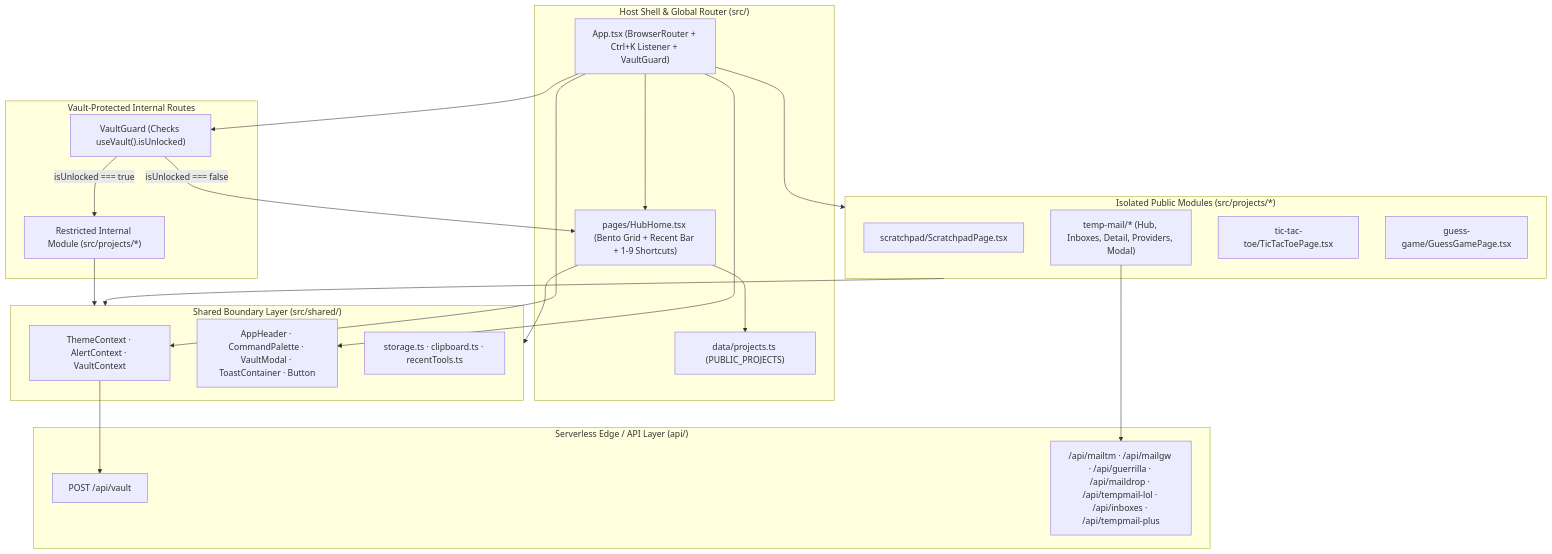
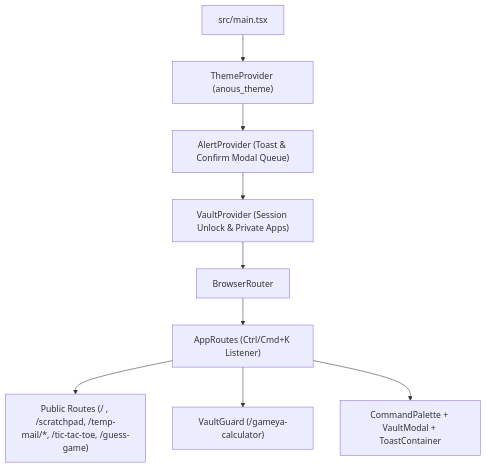
One commit to ANAS-2004-Cu/ANOUS-SPACE changed the first of 2 diagrams in docs/ARCHITECTURE.md. Above: the diagram before and after it, drawn with Mermaid. The commit also changed other lines of this file and 38 other files, not shown here.

````diff
--- a/docs/ARCHITECTURE.md
+++ b/docs/ARCHITECTURE.md
@@ -13,45 +59,11 @@
 ```mermaid
 flowchart TD
-  subgraph Shell["Host Shell & Global Router (src/)"]
-    App["App.tsx (BrowserRouter + Ctrl+K Listener + VaultGuard)"]
-    Hub["pages/HubHome.tsx (Bento Grid + Recent Bar + 1-9 Shortcuts)"]
-    Registry["data/projects.ts (PUBLIC_PROJECTS)"]
-  end
-
-  subgraph Shared["Shared Boundary Layer (src/shared/)"]
-    Contexts["ThemeContext · AlertContext · VaultContext"]
-    UI["AppHeader · CommandPalette · VaultModal · ToastContainer · Button"]
-    Utils["storage.ts · clipboard.ts · recentTools.ts"]
-  end
-
-  subgraph PublicModules["Isolated Public Modules (src/projects/*)"]
-    Scratchpad["scratchpad/ScratchpadPage.tsx"]
-    TempMail["temp-mail/* (Hub, Inboxes, Detail, Providers, Modal)"]
-    TicTacToe["tic-tac-toe/TicTacToePage.tsx"]
-    GuessGame["guess-game/GuessGamePage.tsx"]
-  end
-
-  subgraph GuardedRoutes["Vault-Protected Internal Routes"]
-    Guard["VaultGuard (Checks useVault().isUnlocked)"]
-    PrivateModule["Restricted Internal Module (src/projects/*)"]
-  end
-
-  subgraph Serverless["Serverless Edge / API Layer (api/)"]
-    VaultAPI["POST /api/vault"]
-    Proxies["/api/mailtm · /api/mailgw · /api/guerrilla · /api/maildrop · /api/tempmail-lol · /api/inboxes · /api/tempmail-plus"]
-  end
-
-  App --> Contexts
-  App --> UI
-  App --> Hub
-  App --> PublicModules
-  App --> Guard
-  Guard -->|"isUnlocked === true"| PrivateModule
-  Guard -->|"isUnlocked === false"| Hub
-  Hub --> Registry
-  Hub --> Shared
-  PublicModules --> Shared
-  PrivateModule --> Shared
-  Contexts --> VaultAPI
-  TempMail --> Proxies
+  Main["src/main.tsx"] --> ThemeProvider["ThemeProvider (anous_theme)"]
+  ThemeProvider --> AlertProvider["AlertProvider (Toast & Confirm Modal Queue)"]
+  AlertProvider --> VaultProvider["VaultProvider (Session Unlock & Private Apps)"]
+  VaultProvider --> BrowserRouter["BrowserRouter"]
+  BrowserRouter --> AppRoutes["AppRoutes (Ctrl/Cmd+K Listener)"]
+  AppRoutes --> PublicRoutes["Public Routes (/ , /scratchpad, /temp-mail/*, /tic-tac-toe, /guess-game)"]
+  AppRoutes --> VaultGuard["VaultGuard (/gameya-calculator)"]
+  AppRoutes --> GlobalOverlays["CommandPalette + VaultModal + ToastContainer"]
 ```
````
